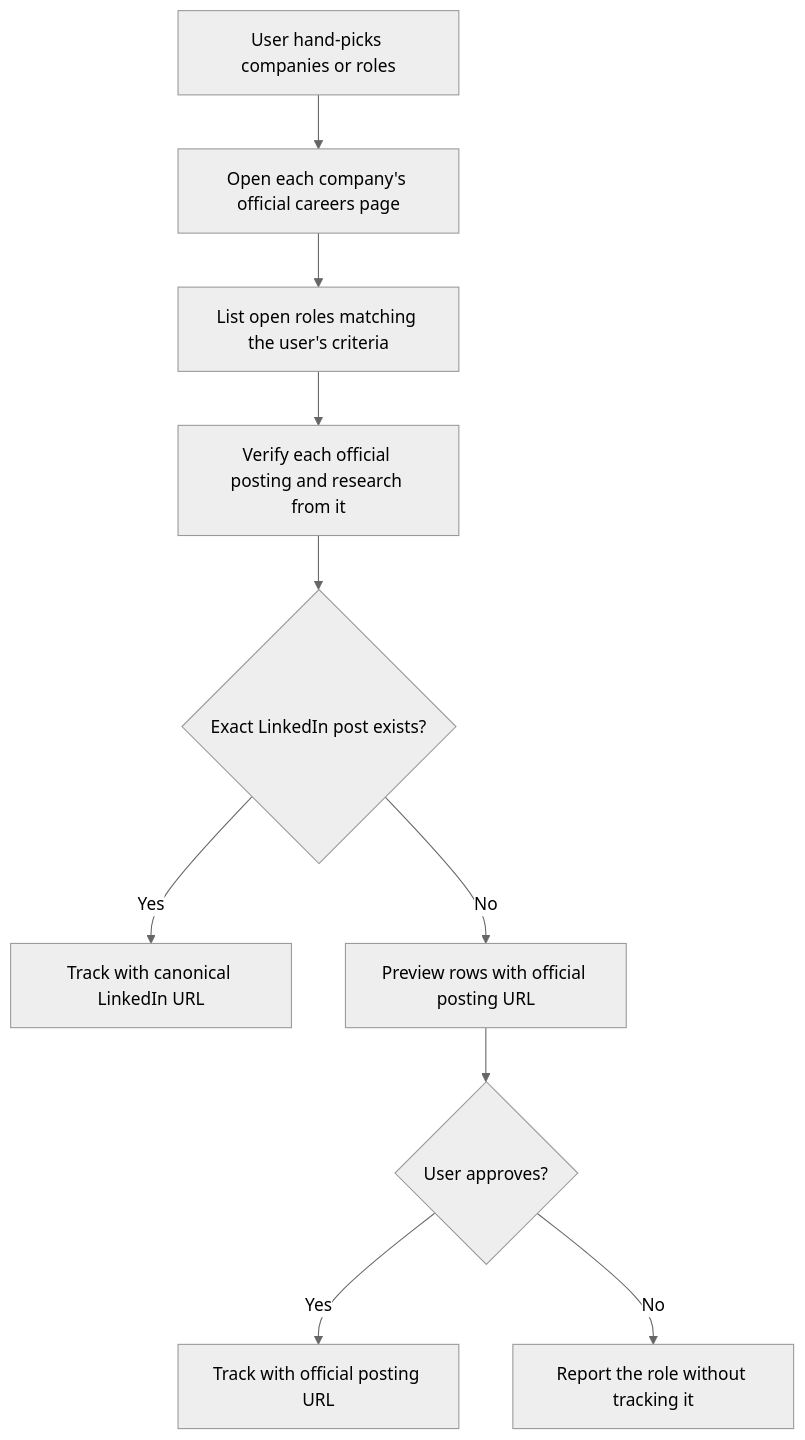
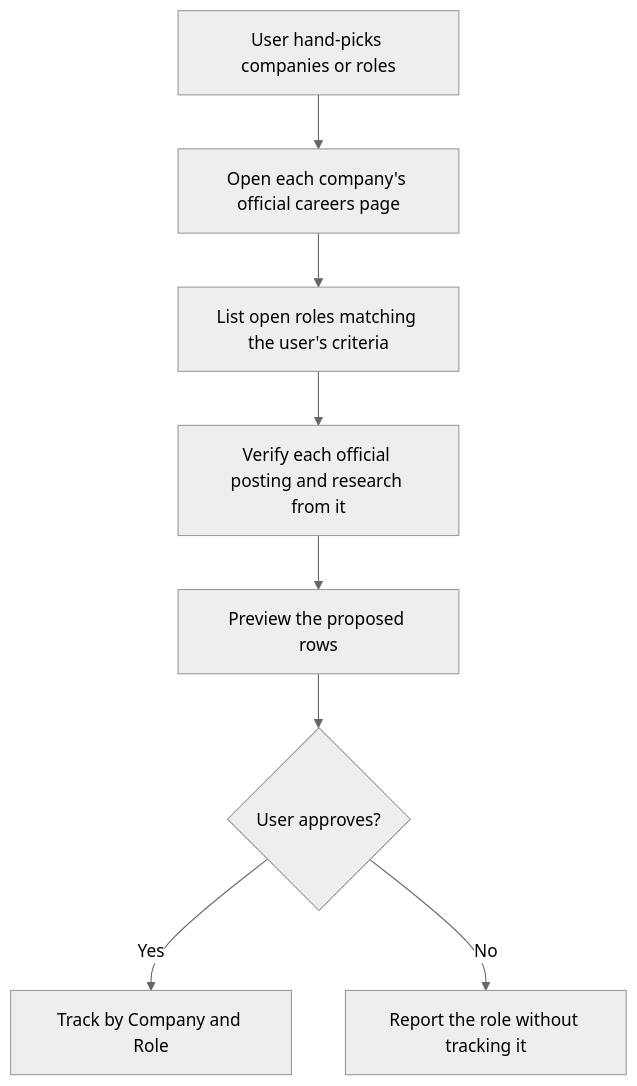
The third of 3 diagrams in linkedin-job-pilot/references/discovery-tracking.md (fsw0422/skills), drawn with Mermaid (neutral theme) before and after one commit. The commit also changed other lines of this file and 6 other files, not shown here.

First line of the commit message:
linkedin-job-pilot: drop the LinkedIn URL column, identify rows by Company and Role (#1)

```diff
--- a/linkedin-job-pilot/references/discovery-tracking.md
+++ b/linkedin-job-pilot/references/discovery-tracking.md
@@ -134,12 +132,10 @@
 ~~~mermaid
 flowchart TD
     A[User hand-picks companies or roles] --> B[Open each company's official careers page]
     B --> C[List open roles matching the user's criteria]
     C --> D[Verify each official posting and research from it]
-    D --> F{Exact LinkedIn post exists?}
-    F -- Yes --> G[Track with canonical LinkedIn URL]
-    F -- No --> H[Preview rows with official posting URL]
+    D --> H[Preview the proposed rows]
     H --> I{User approves?}
-    I -- Yes --> J[Track with official posting URL]
+    I -- Yes --> J[Track by Company and Role]
     I -- No --> K[Report the role without tracking it]
 ~~~
```
